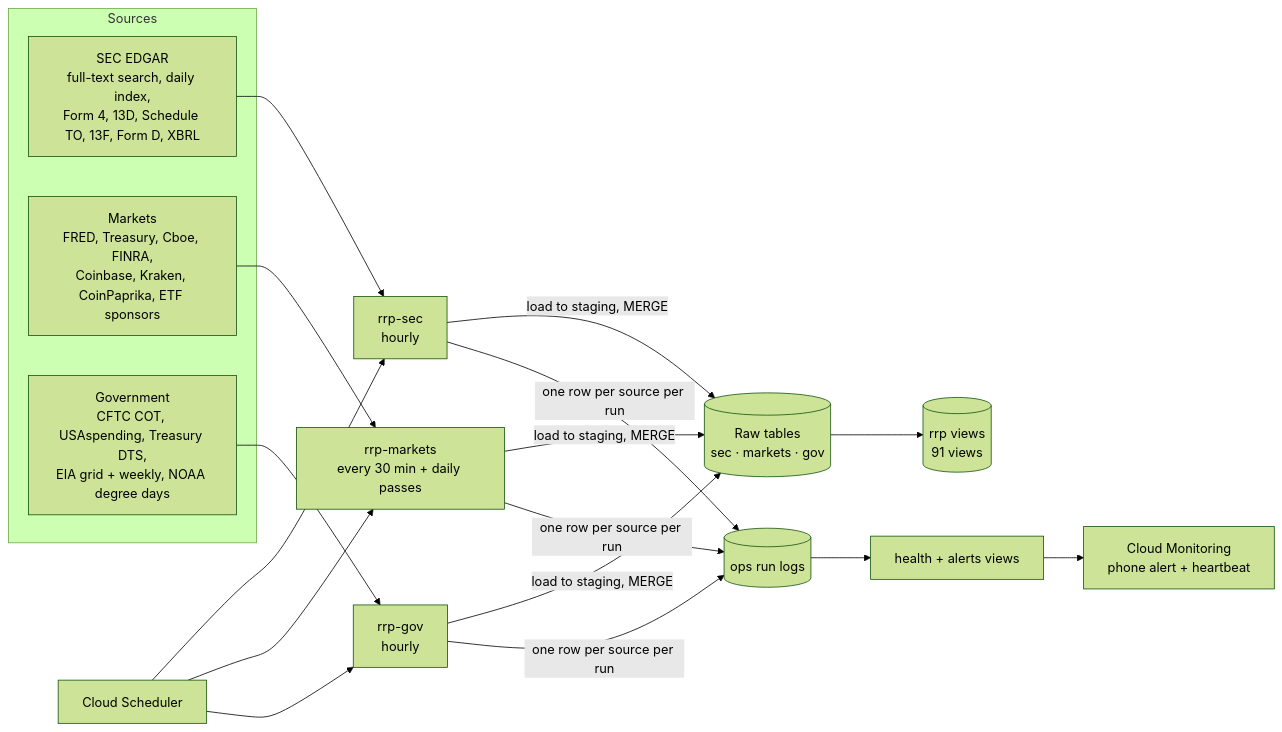
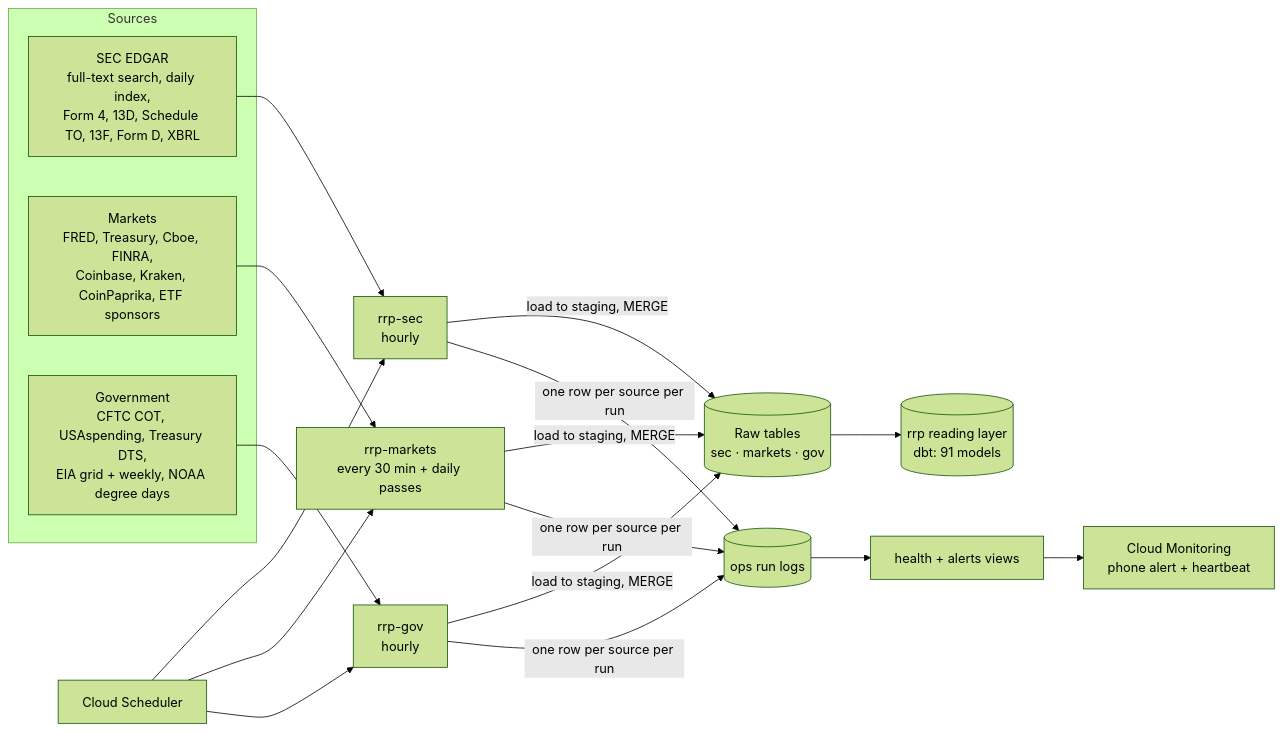
Before and after one commit to pspotq/financial-data-warehouse: the diagram in README.md, drawn with Mermaid (forest theme). The commit also changed other lines of this file and 112 other files, not shown here.

First line of the commit message:
Port the reading layer to dbt: 91 view models, sources, data tests, freshness, docs site

````diff
--- a/README.md
+++ b/README.md
@@ -10,19 +13,19 @@
 ```mermaid
 flowchart LR
     subgraph Sources
         A[SEC EDGAR<br/>full-text search, daily index,<br/>Form 4, 13D, Schedule TO, 13F, Form D, XBRL]
         B[Markets<br/>FRED, Treasury, Cboe, FINRA,<br/>Coinbase, Kraken, CoinPaprika, ETF sponsors]
         C[Government<br/>CFTC COT, USAspending, Treasury DTS,<br/>EIA grid + weekly, NOAA degree days]
     end
     S[Cloud Scheduler] --> J1[rrp-sec<br/>hourly]
     S --> J2[rrp-markets<br/>every 30 min + daily passes]
     S --> J3[rrp-gov<br/>hourly]
     A --> J1
     B --> J2
     C --> J3
     J1 & J2 & J3 -->|load to staging, MERGE| R[(Raw tables<br/>sec · markets · gov)]
     J1 & J2 & J3 -->|one row per source per run| O[(ops run logs)]
-    R --> V[(rrp views<br/>91 views)]
+    R --> V[(rrp reading layer<br/>dbt: 91 models)]
     O --> H[health + alerts views]
     H --> M[Cloud Monitoring<br/>phone alert + heartbeat]
 ```
````
